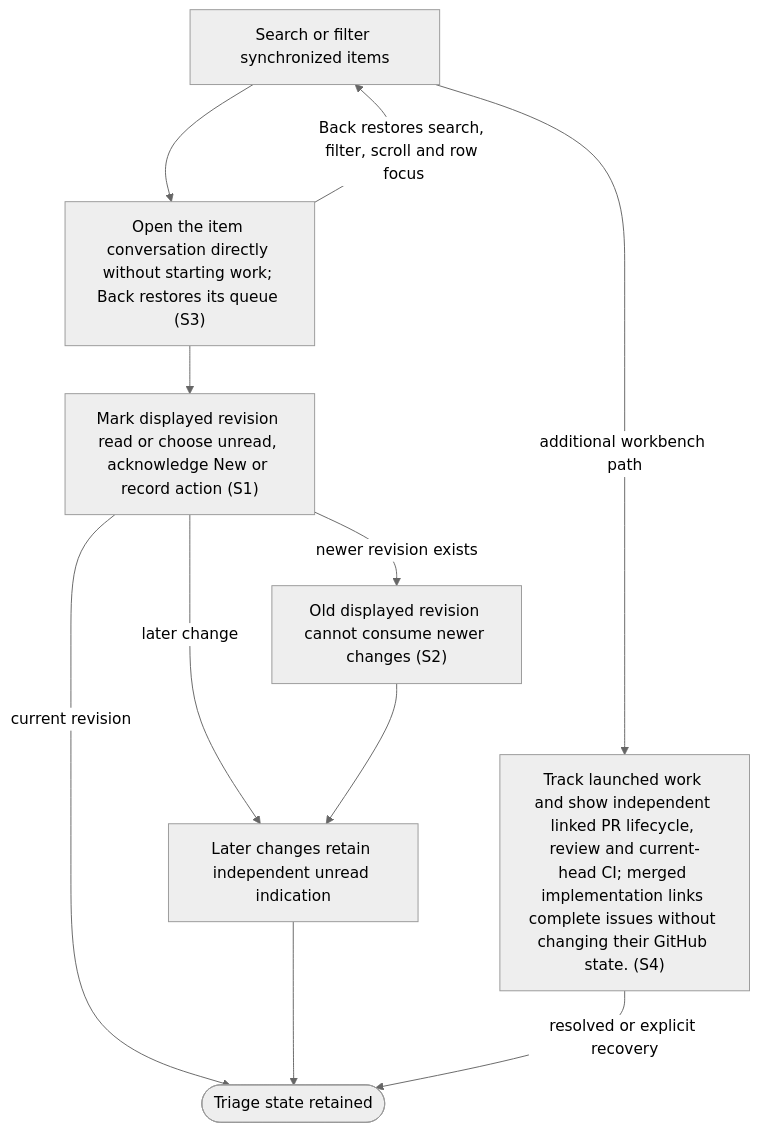
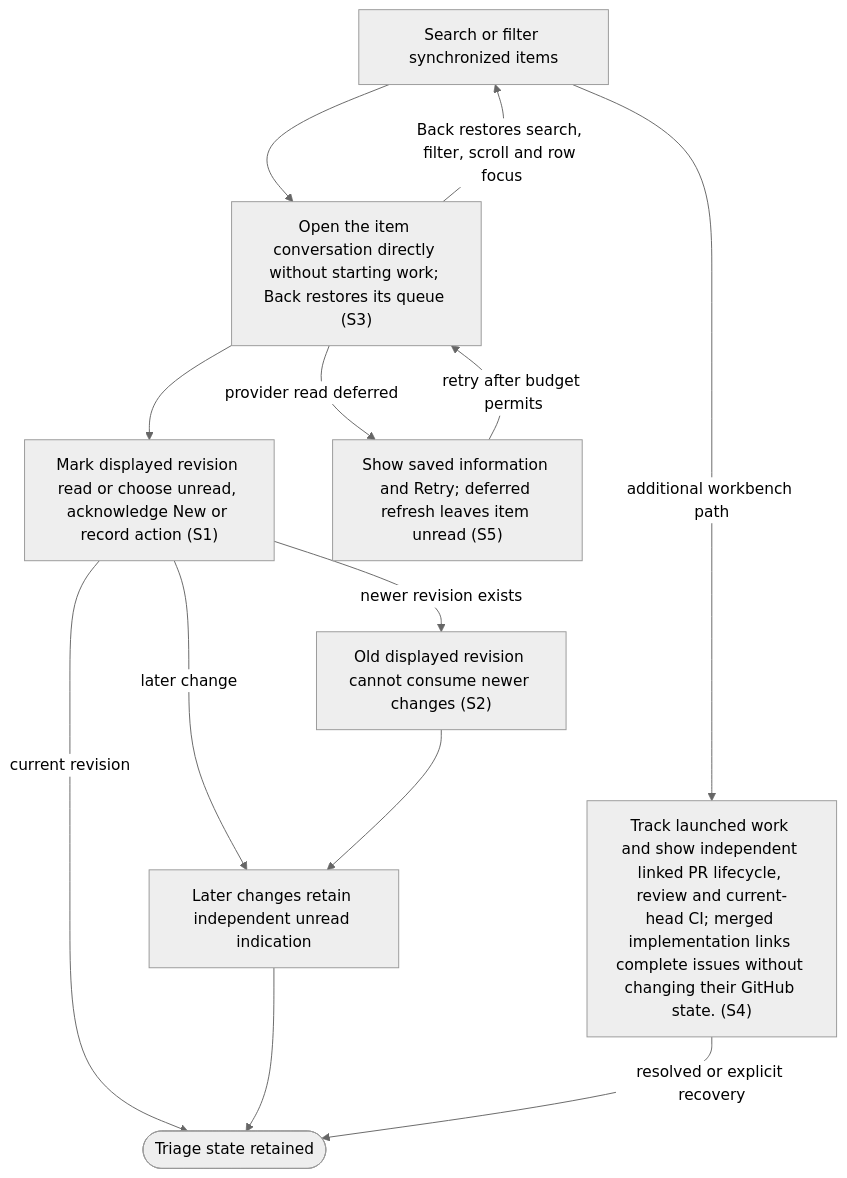
The diagram in docs/user-flows/triage-inbox.md (dk-code-factory/code-factory-plugin), drawn with Mermaid (neutral theme) before and after one commit. The commit also changed other lines of this file and 81 other files, not shown here.

````diff
--- a/docs/user-flows/triage-inbox.md
+++ b/docs/user-flows/triage-inbox.md
@@ -38,20 +40,23 @@
 ```mermaid
 flowchart TD
     N0["Search or filter synchronized items"]
     N1["Open the item conversation directly without starting work#59; Back restores its queue #40;S3#41;"]
     N2["Mark displayed revision read or choose unread, acknowledge New or record action #40;S1#41;"]
     N3["Later changes retain independent unread indication"]
     N4["Old displayed revision cannot consume newer changes #40;S2#41;"]
     N5(["Triage state retained"])
     N6["Track launched work and show independent linked PR lifecycle, review and current-head CI#59; merged implementation links complete issues without changing their GitHub state. #40;S4#41;"]
+    N7["Show saved information and Retry#59; deferred refresh leaves item unread #40;S5#41;"]
     N0 --> N1
     N1 --> N2
     N2 -->|"later change"| N3
     N2 -->|"newer revision exists"| N4
     N4 --> N3
     N2 -->|"current revision"| N5
     N3 --> N5
     N1 -->|"Back restores search, filter, scroll and row focus"| N0
     N0 -->|"additional workbench path"| N6
     N6 -->|"resolved or explicit recovery"| N5
+    N1 -->|"provider read deferred"| N7
+    N7 -->|"retry after budget permits"| N1
 ```
````
